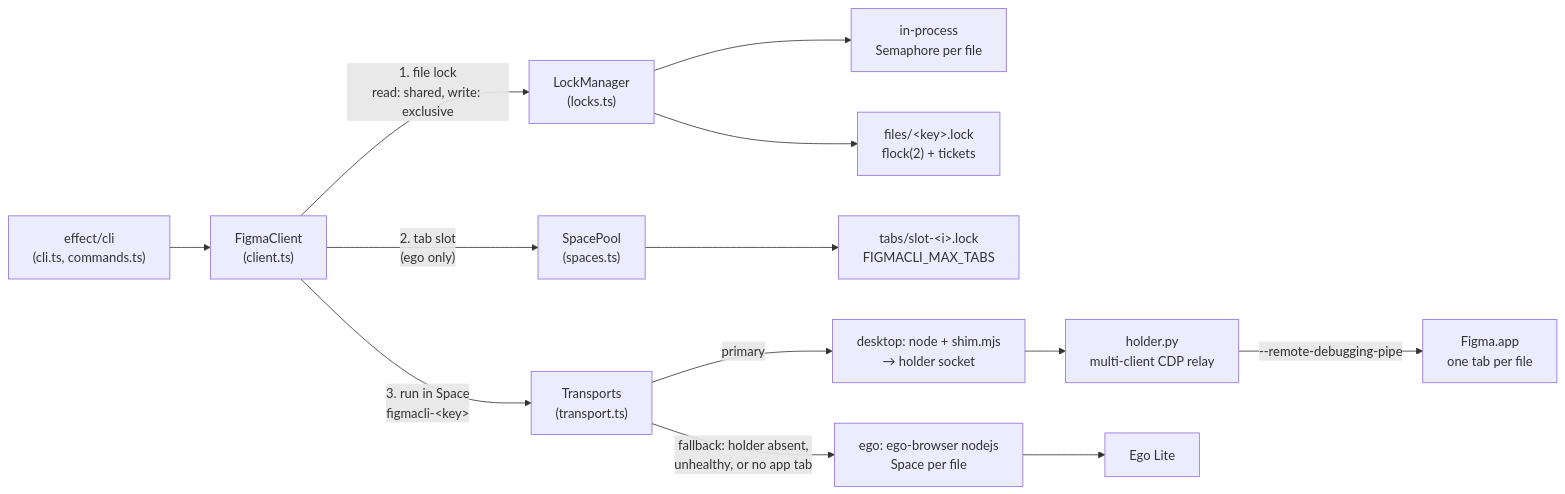
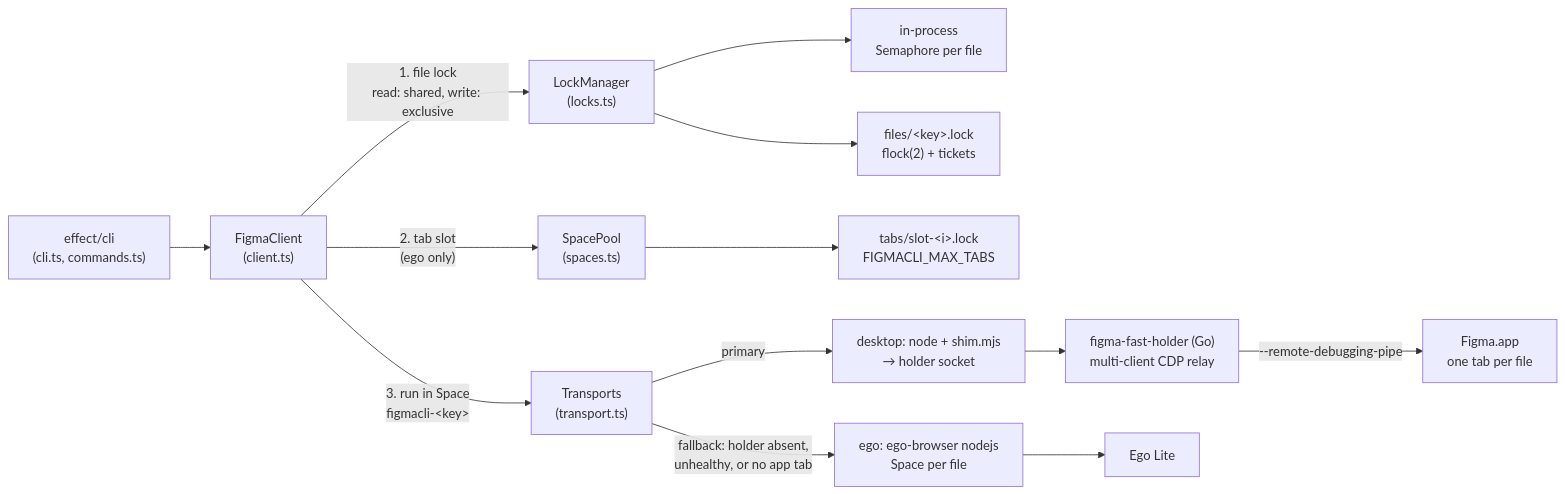
The diagram in README.md (flazouh/figma-fast), drawn with Mermaid before and after one commit. The commit also changed other lines of this file and 4 other files, not shown here.

````diff
--- a/README.md
+++ b/README.md
@@ -23,15 +23,15 @@
 ```mermaid
 flowchart LR
   CLI["effect/cli<br/>(cli.ts, commands.ts)"] --> Client["FigmaClient<br/>(client.ts)"]
   Client -->|"1. file lock<br/>read: shared, write: exclusive"| Locks["LockManager<br/>(locks.ts)"]
   Locks --> Sem["in-process<br/>Semaphore per file"]
   Locks --> Flock["files/&lt;key&gt;.lock<br/>flock(2) + tickets"]
   Client -->|"2. tab slot<br/>(ego only)"| Pool["SpacePool<br/>(spaces.ts)"]
   Pool --> Slots["tabs/slot-&lt;i&gt;.lock<br/>FIGMACLI_MAX_TABS"]
   Client -->|"3. run in Space<br/>figmacli-&lt;key&gt;"| T["Transports<br/>(transport.ts)"]
   T -->|primary| Desktop["desktop: node + shim.mjs<br/>→ holder socket"]
   T -->|"fallback: holder absent,<br/>unhealthy, or no app tab"| Ego["ego: ego-browser nodejs<br/>Space per file"]
-  Desktop --> Holder["holder.py<br/>multi-client CDP relay"]
+  Desktop --> Holder["figma-fast-holder (Go)<br/>multi-client CDP relay"]
   Holder -->|"--remote-debugging-pipe"| App["Figma.app<br/>one tab per file"]
   Ego --> Lite["Ego Lite"]
 ```
````
